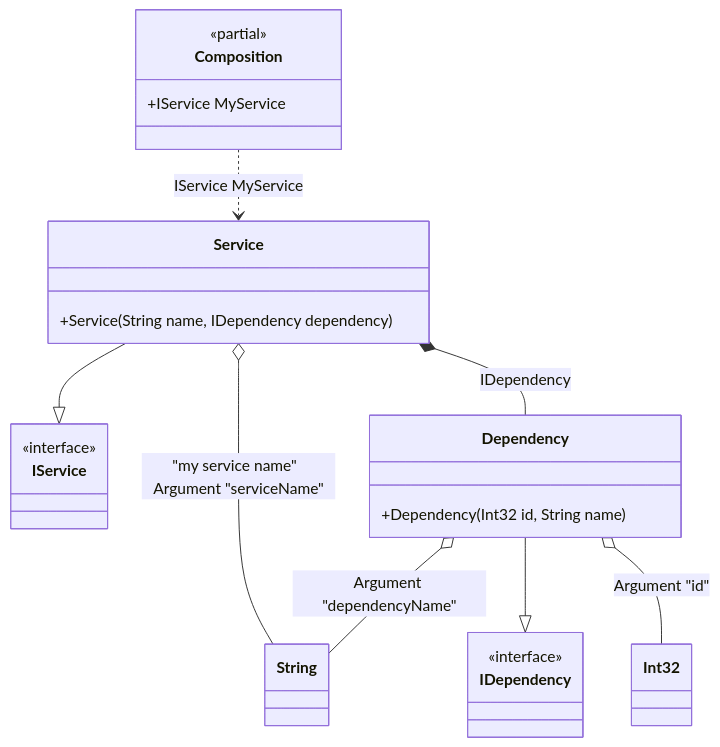
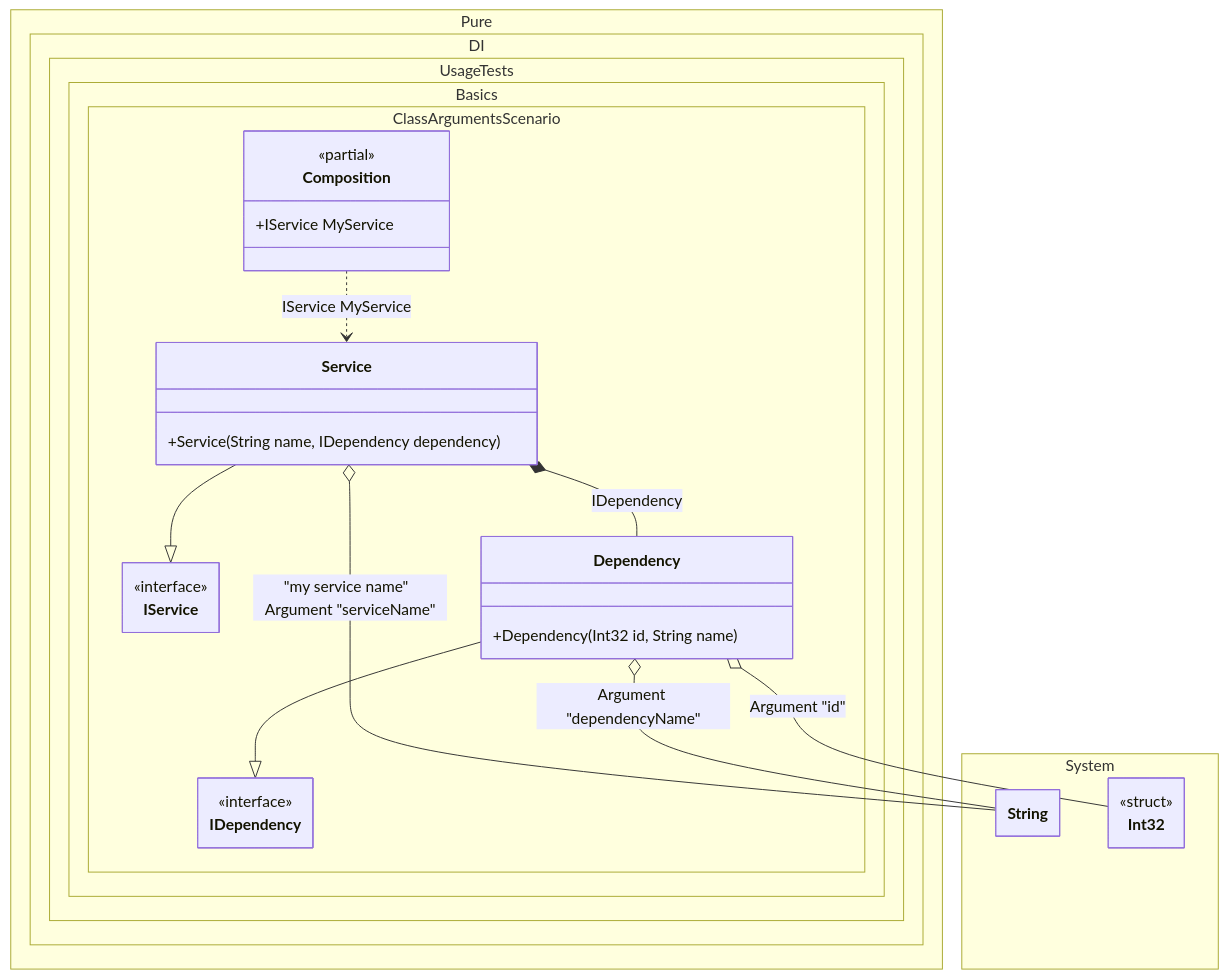
One commit to DevTeam/Pure.DI changed the diagram in readme/class-arguments.md. Above: the diagram before and after it, drawn with Mermaid. The commit also changed 103 other files, not shown here.

Commit message:
Improved class diagrams

````diff
--- a/readme/class-arguments.md
+++ b/readme/class-arguments.md
@@ -110,28 +110,40 @@
 ```mermaid
+---
+ config:
+  class:
+   hideEmptyMembersBox: true
+---
 classDiagram
-	class Composition {
-		<<partial>>
-		+IService MyService
-	}
 	Service --|> IService
-	class Service {
-		+Service(String name, IDependency dependency)
-	}
-	class String
 	Dependency --|> IDependency
-	class Dependency {
-		+Dependency(Int32 id, String name)
-	}
-	class Int32
-	class IService {
-		<<interface>>
-	}
-	class IDependency {
-		<<interface>>
-	}
 	Composition ..> Service : IService MyService
 	Service o-- String : "my service name"  Argument "serviceName"
 	Service *--  Dependency : IDependency
 	Dependency o-- Int32 : Argument "id"
 	Dependency o-- String : Argument "dependencyName"
+	namespace Pure.DI.UsageTests.Basics.ClassArgumentsScenario {
+		class Composition {
+		<<partial>>
+		+IService MyService
+		}
+		class Dependency {
+			+Dependency(Int32 id, String name)
+		}
+		class IDependency {
+			<<interface>>
+		}
+		class IService {
+			<<interface>>
+		}
+		class Service {
+			+Service(String name, IDependency dependency)
+		}
+	}
+	namespace System {
+		class Int32 {
+				<<struct>>
+		}
+		class String {
+		}
+	}
 ```
````
